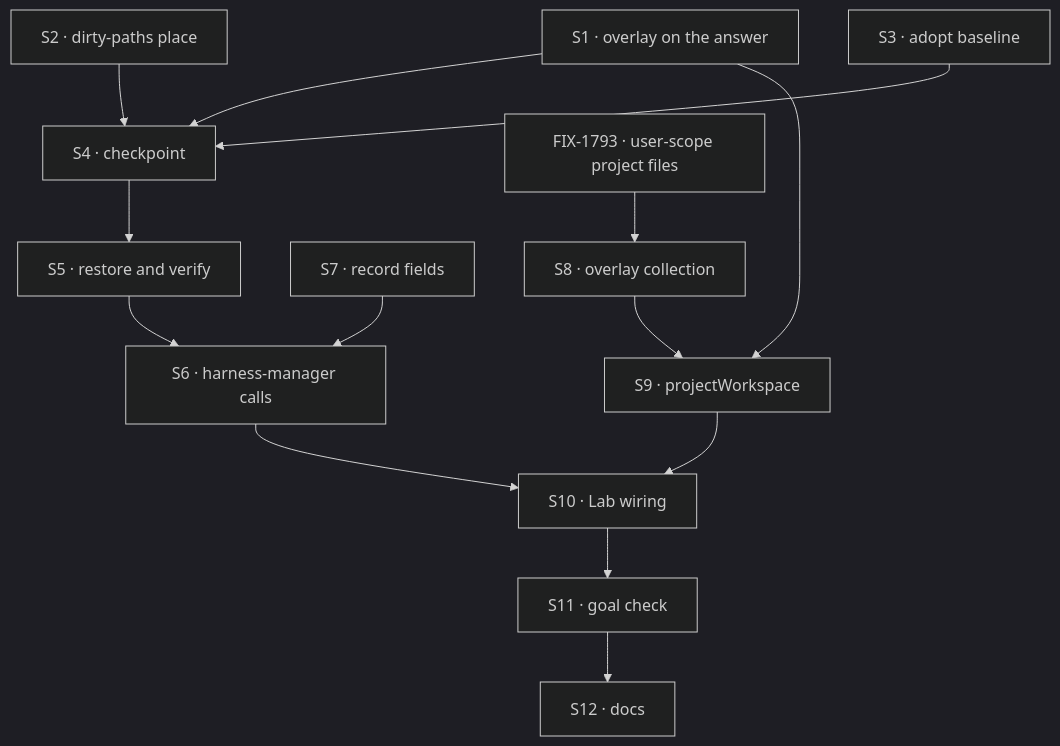
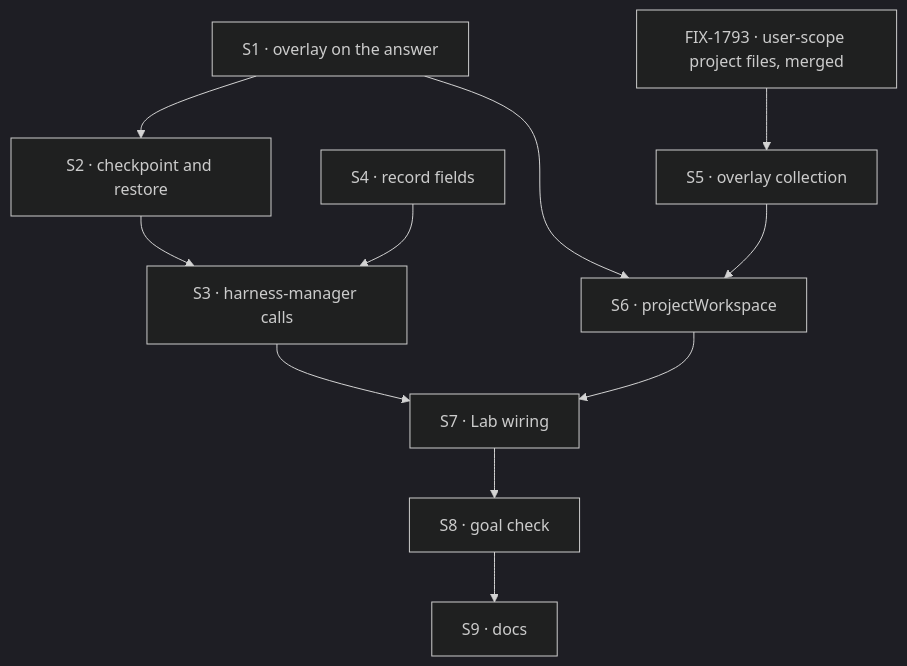
Before and after one commit to fixpoint-labs/flow-state-dev: the diagram in specs/issues/FIX-1766/PLAN.md, drawn with Mermaid (dark theme). The commit also changed other lines of this file and 5 other files, not shown here.

````diff
--- a/specs/issues/FIX-1766/PLAN.md
+++ b/specs/issues/FIX-1766/PLAN.md
@@ -31,16 +33,13 @@
 ```mermaid
 flowchart TD
-  S1["S1 · overlay on the answer"] --> S4["S4 · checkpoint"]
-  S2["S2 · dirty-paths place"] --> S4
-  S3["S3 · adopt baseline"] --> S4
-  S4 --> S5["S5 · restore and verify"]
-  S5 --> S6["S6 · harness-manager calls"]
-  S7["S7 · record fields"] --> S6
-  F["FIX-1793 · user-scope project files"] --> S8["S8 · overlay collection"]
-  S1 --> S9["S9 · projectWorkspace"]
-  S8 --> S9
-  S6 --> S10["S10 · Lab wiring"]
-  S9 --> S10
-  S10 --> S11["S11 · goal check"]
-  S11 --> S12["S12 · docs"]
+  S1["S1 · overlay on the answer"] --> S2["S2 · checkpoint and restore"]
+  S2 --> S3["S3 · harness-manager calls"]
+  S4["S4 · record fields"] --> S3
+  F["FIX-1793 · user-scope project files, merged"] --> S5["S5 · overlay collection"]
+  S1 --> S6["S6 · projectWorkspace"]
+  S5 --> S6
+  S3 --> S7["S7 · Lab wiring"]
+  S6 --> S7
+  S7 --> S8["S8 · goal check"]
+  S8 --> S9["S9 · docs"]
 ```
````
